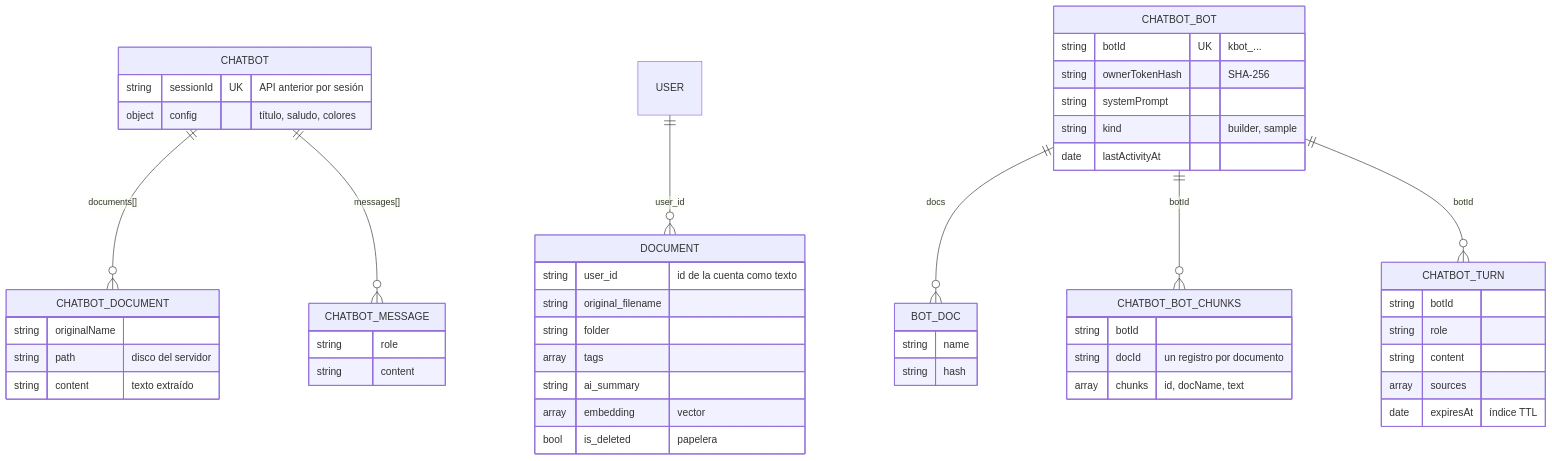
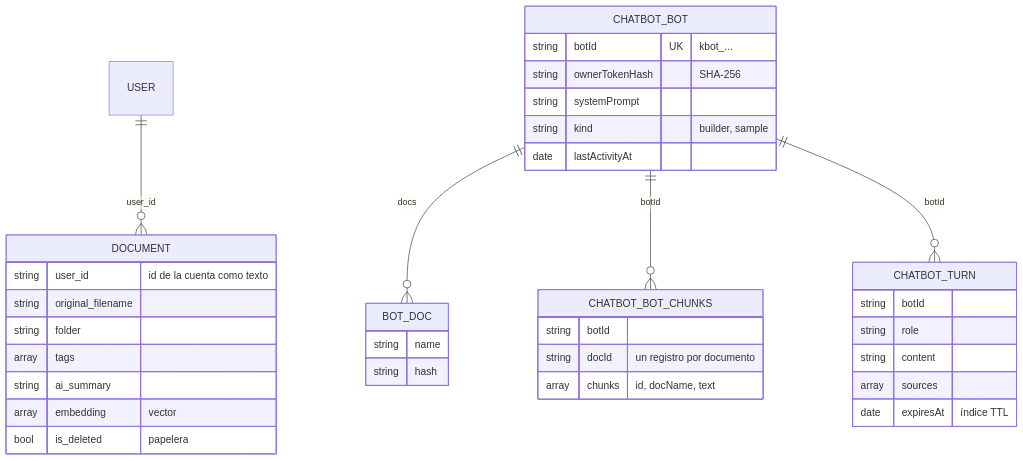
Before and after one commit to ronalc90/koptup: the sixth of 13 diagrams in docs/wiki/Doc-09-Modelos-de-Datos.md, drawn with Mermaid. The commit also changed other lines of this file and 56 other files, not shown here.

````diff
--- a/docs/wiki/Doc-09-Modelos-de-Datos.md
+++ b/docs/wiki/Doc-09-Modelos-de-Datos.md
@@ -318,54 +317,39 @@
 ```mermaid
 erDiagram
-    CHATBOT ||--o{ CHATBOT_DOCUMENT : "documents[]"
-    CHATBOT ||--o{ CHATBOT_MESSAGE : "messages[]"
     USER ||--o{ DOCUMENT : "user_id"
     CHATBOT_BOT ||--o{ BOT_DOC : "docs"
     CHATBOT_BOT ||--o{ CHATBOT_BOT_CHUNKS : "botId"
     CHATBOT_BOT ||--o{ CHATBOT_TURN : "botId"
-    CHATBOT {
-        string sessionId UK "API anterior por sesión"
-        object config "título, saludo, colores"
-    }
-    CHATBOT_DOCUMENT {
-        string originalName
-        string path "disco del servidor"
-        string content "texto extraído"
-    }
-    CHATBOT_MESSAGE {
-        string role
-        string content
-    }
     DOCUMENT {
         string user_id "id de la cuenta como texto"
         string original_filename
         string folder
         array tags
         string ai_summary
         array embedding "vector"
         bool is_deleted "papelera"
     }
     CHATBOT_BOT {
         string botId UK "kbot_..."
         string ownerTokenHash "SHA-256"
         string systemPrompt
         string kind "builder, sample"
         date lastActivityAt
     }
     BOT_DOC {
         string name
         string hash
     }
     CHATBOT_BOT_CHUNKS {
         string botId
         string docId "un registro por documento"
         array chunks "id, docName, text"
     }
     CHATBOT_TURN {
         string botId
         string role
         string content
         array sources
         date expiresAt "índice TTL"
     }
 ```
````
